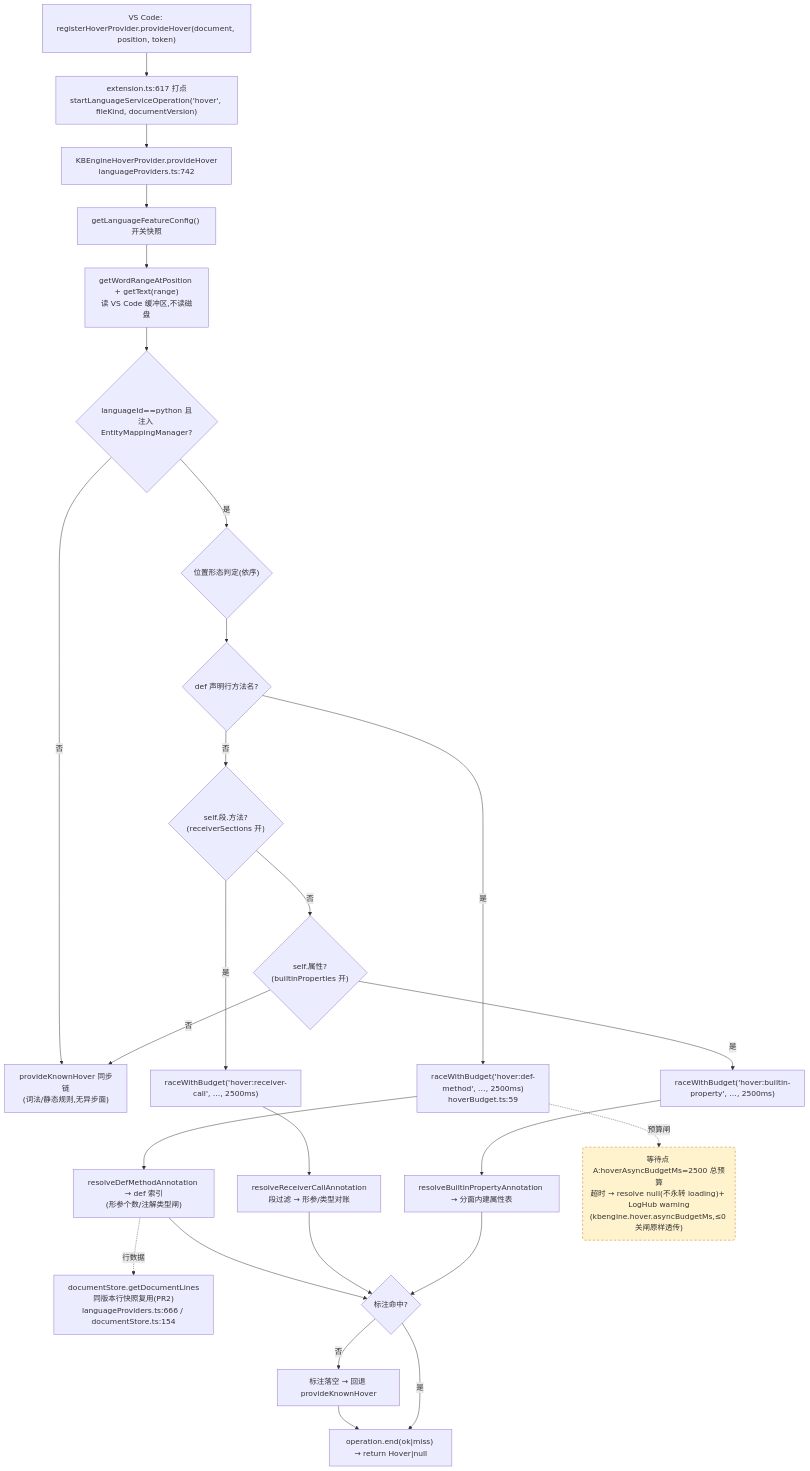
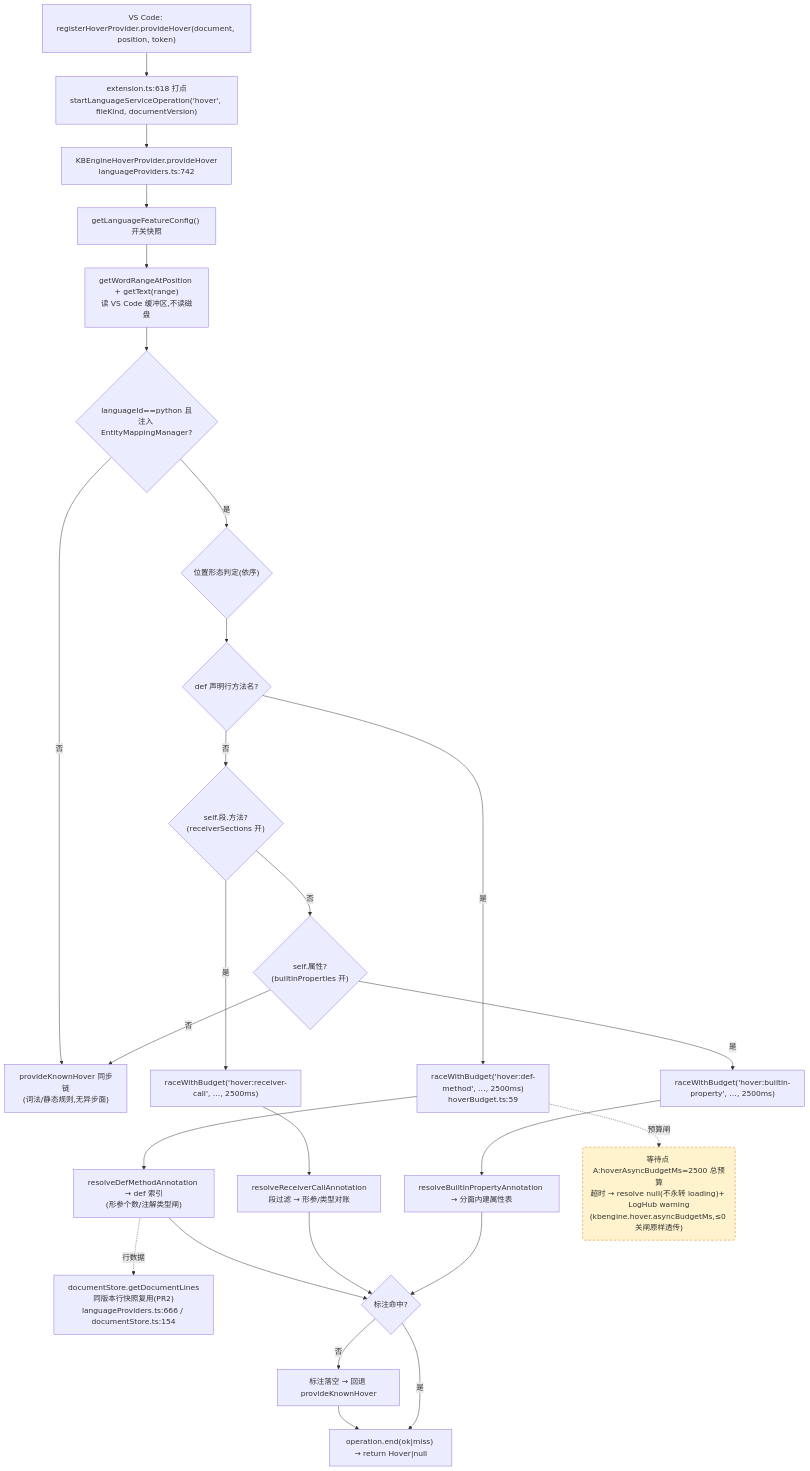
One commit to cuihairu/kode changed the first of 4 diagrams in docs/perf/2026-baseline.md. Above: the diagram before and after it, drawn with Mermaid. The commit also changed other lines of this file and 7 other files, not shown here.

````diff
--- a/docs/perf/2026-baseline.md
+++ b/docs/perf/2026-baseline.md
@@ -82,45 +82,45 @@
 ```mermaid
 flowchart TD
   VC1["VS Code: registerHoverProvider.provideHover(document, position, token)"]
-  M1["extension.ts:617 打点<br/>startLanguageServiceOperation('hover', fileKind, documentVersion)"]
+  M1["extension.ts:618 打点<br/>startLanguageServiceOperation('hover', fileKind, documentVersion)"]
   HP["KBEngineHoverProvider.provideHover<br/>languageProviders.ts:742"]
   CFG["getLanguageFeatureConfig() 开关快照"]
   WORD["getWordRangeAtPosition + getText(range)<br/>读 VS Code 缓冲区,不读磁盘"]
   BR{"languageId==python 且<br/>注入 EntityMappingManager?"}
   KN["provideKnownHover 同步链<br/>(词法/静态规则,无异步面)"]
   POS{"位置形态判定(依序)"}
   D1{"def 声明行方法名?"}
   D2{"self.段.方法?<br/>(receiverSections 开)"}
   D3{"self.属性?<br/>(builtinProperties 开)"}
   RA1["raceWithBudget('hover:def-method', …, 2500ms)<br/>hoverBudget.ts:59"]
   RA2["raceWithBudget('hover:receiver-call', …, 2500ms)"]
   RA3["raceWithBudget('hover:builtin-property', …, 2500ms)"]
   RS1["resolveDefMethodAnnotation → def 索引<br/>(形参个数/注解类型闸)"]
   RS2["resolveReceiverCallAnnotation<br/>段过滤 → 形参/类型对账"]
   RS3["resolveBuiltinPropertyAnnotation → 分面内建属性表"]
   LINES["documentStore.getDocumentLines<br/>同版本行快照复用(PR2)<br/>languageProviders.ts:666 / documentStore.ts:154"]
   MISS["标注落空 → 回退 provideKnownHover"]
   END1["operation.end(ok|miss) → return Hover|null"]
 
   VC1 --> M1 --> HP --> CFG --> WORD --> BR
   BR -- "否" --> KN
   BR -- "是" --> POS --> D1
   D1 -- "是" --> RA1 --> RS1
   D1 -- "否" --> D2
   D2 -- "是" --> RA2 --> RS2
   D2 -- "否" --> D3
   D3 -- "是" --> RA3 --> RS3
   D3 -- "否" --> KN
   RS1 --> HIT{"标注命中?"}
   RS2 --> HIT
   RS3 --> HIT
   RS1 -.->|行数据| LINES
   HIT -- "否" --> MISS --> END1
   HIT -- "是" --> END1
 
   WAITA("等待点 A:hoverAsyncBudgetMs=2500 总预算<br/>超时 → resolve null(不永转 loading)+ LogHub warning<br/>(kbengine.hover.asyncBudgetMs,≤0 关闸原样透传)")
   RA1 -.->|预算闸| WAITA
 
   classDef waitPoint fill:#fff3cd,stroke:#d97706,stroke-dasharray:5 4;
   class WAITA waitPoint;
 ```
````
